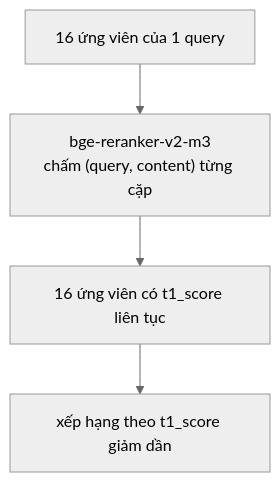
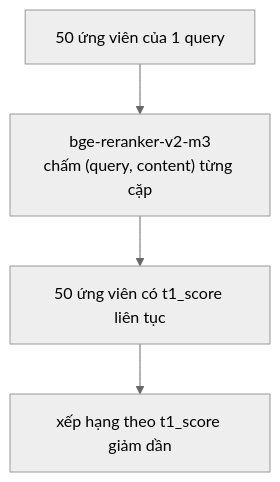
Before and after one commit to quyen244/medial-retrieval: the third of 4 diagrams in docs/buoc-4-5-cham-utility.md, drawn with Mermaid (neutral theme). The commit also changed other lines of this file and 6 other files, not shown here.

````diff
--- a/docs/buoc-4-5-cham-utility.md
+++ b/docs/buoc-4-5-cham-utility.md
@@ -92,6 +106,6 @@
 ```mermaid
 flowchart TD
-    A["16 ứng viên của 1 query"] --> B["bge-reranker-v2-m3<br/>chấm (query, content) từng cặp"]
-    B --> C["16 ứng viên có t1_score liên tục"]
+    A["50 ứng viên của 1 query"] --> B["bge-reranker-v2-m3<br/>chấm (query, content) từng cặp"]
+    B --> C["50 ứng viên có t1_score liên tục"]
     C --> D["xếp hạng theo t1_score giảm dần"]
 ```
````
